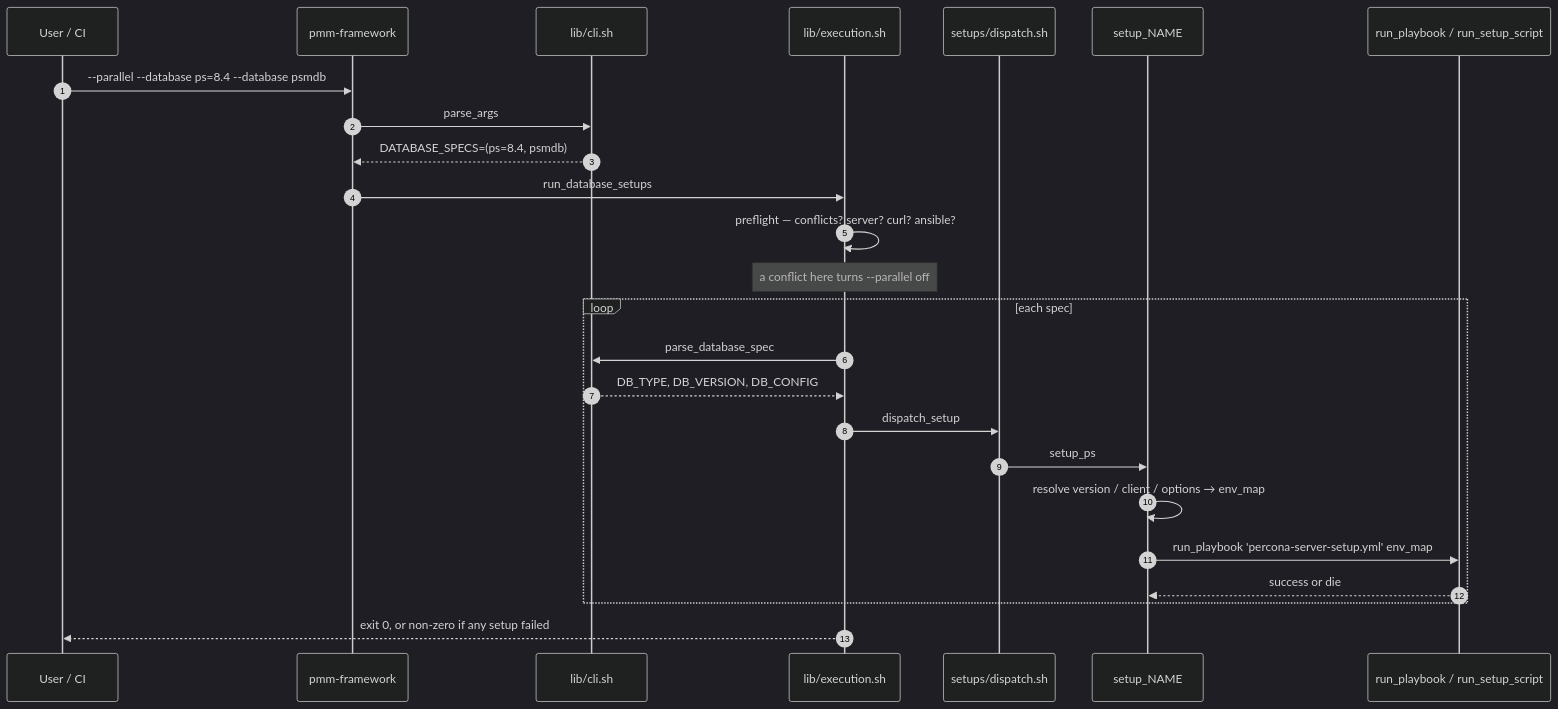
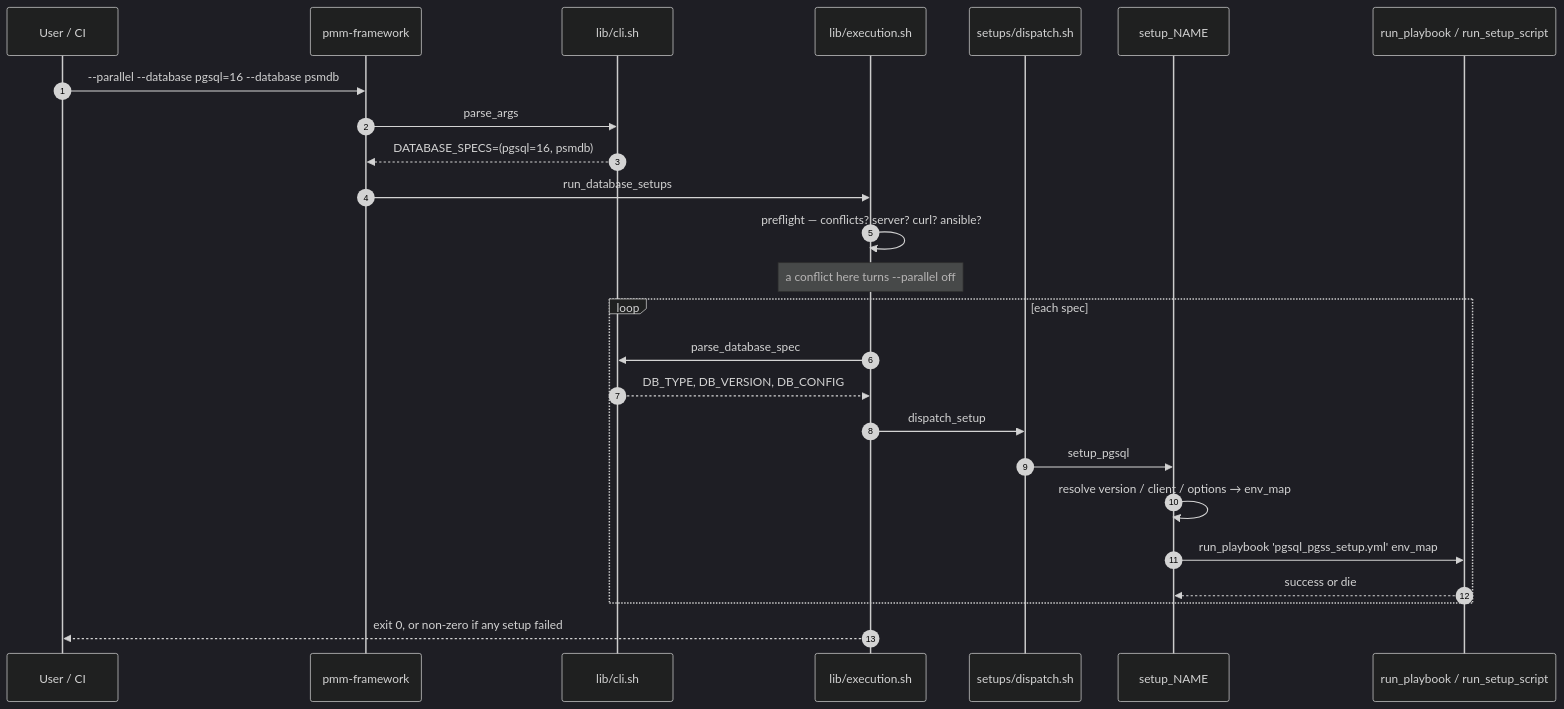
One commit to percona/pmm-qa changed the second of 3 diagrams in qa-integration/pmm_qa/pmm-framework/ARCHITECTURE.md. Above: the diagram before and after it, drawn with Mermaid (dark theme). The commit also changed other lines of this file and 25 other files, not shown here.

````diff
--- a/qa-integration/pmm_qa/pmm-framework/ARCHITECTURE.md
+++ b/qa-integration/pmm_qa/pmm-framework/ARCHITECTURE.md
@@ -81,28 +107,28 @@
 ```mermaid
 sequenceDiagram
     autonumber
     participant U as User / CI
     participant E as pmm-framework
     participant C as lib/cli.sh
     participant X as lib/execution.sh
     participant D as setups/dispatch.sh
     participant S as setup_NAME
     participant B as run_playbook / run_setup_script
 
-    U->>E: --parallel --database ps=8.4 --database psmdb
+    U->>E: --parallel --database pgsql=16 --database psmdb
     E->>C: parse_args
-    C-->>E: DATABASE_SPECS=(ps=8.4, psmdb)
+    C-->>E: DATABASE_SPECS=(pgsql=16, psmdb)
     E->>X: run_database_setups
     X->>X: preflight — conflicts? server? curl? ansible?
     Note over X: a conflict here turns --parallel off
     loop each spec
         X->>C: parse_database_spec
         C-->>X: DB_TYPE, DB_VERSION, DB_CONFIG
         X->>D: dispatch_setup
-        D->>S: setup_ps
+        D->>S: setup_pgsql
         S->>S: resolve version / client / options → env_map
-        S->>B: run_playbook 'percona-server-setup.yml' env_map
+        S->>B: run_playbook 'pgsql_pgss_setup.yml' env_map
         B-->>S: success or die
     end
     X-->>U: exit 0, or non-zero if any setup failed
 ```
````
